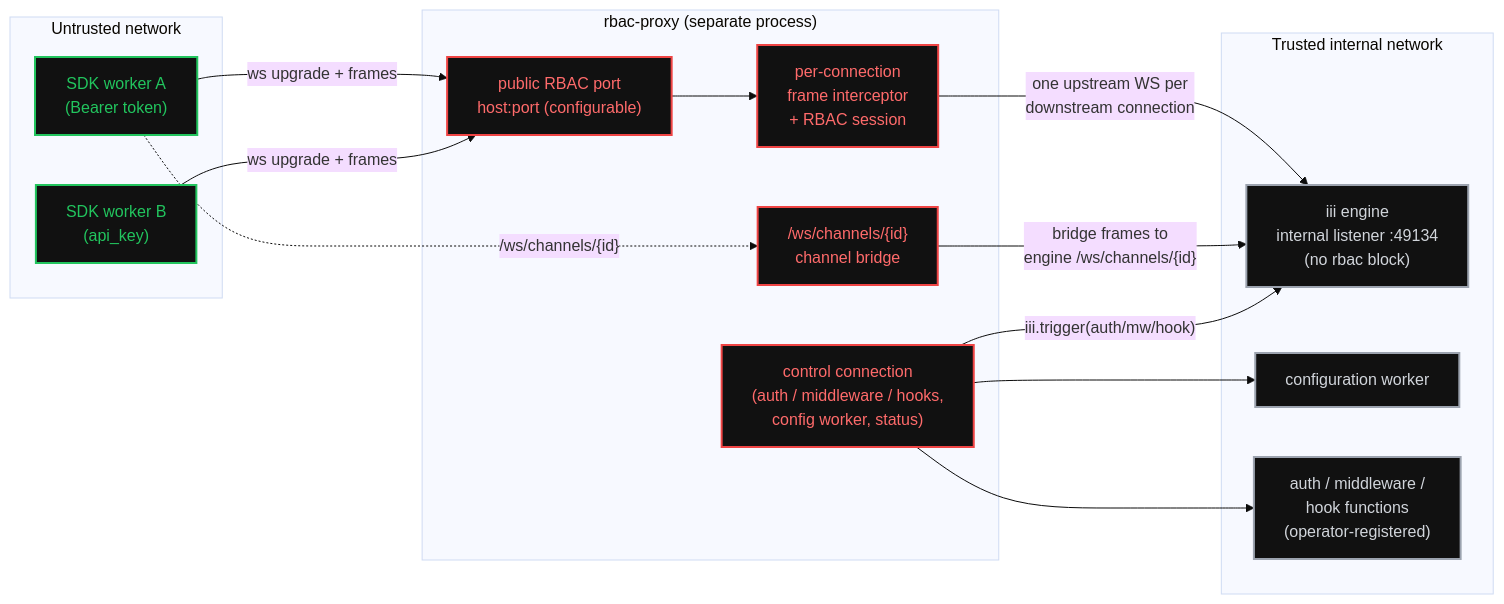
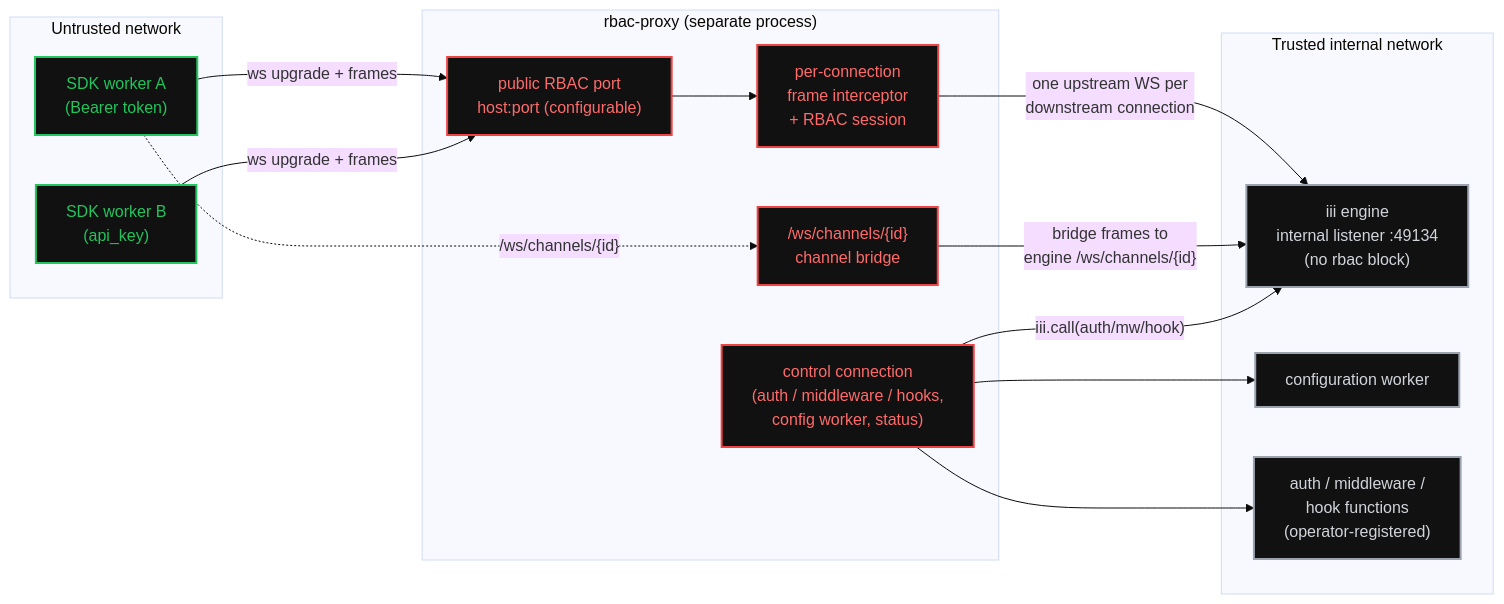
One commit to iii-hq/workers changed the first of 2 diagrams in tech-specs/2026-06-rbac-proxy-worker/README.md. Above: the diagram before and after it, drawn with Mermaid (base theme). The commit also changed other lines of this file and 3315 other files, not shown here.

````diff
--- a/tech-specs/2026-06-rbac-proxy-worker/README.md
+++ b/tech-specs/2026-06-rbac-proxy-worker/README.md
@@ -64,37 +64,37 @@
 ```mermaid
 flowchart LR
   subgraph UNTRUSTED["Untrusted network"]
     c1["SDK worker A<br/>(Bearer token)"]
     c2["SDK worker B<br/>(api_key)"]
   end
 
   subgraph PROXY["rbac-proxy (separate process)"]
     L["public RBAC port<br/>host:port (configurable)"]
     I["per-connection<br/>frame interceptor<br/>+ RBAC session"]
     CH["/ws/channels/{id}<br/>channel bridge"]
     CTL["control connection<br/>(auth / middleware / hooks,<br/>config worker, status)"]
   end
 
   subgraph TRUSTED["Trusted internal network"]
     E["iii engine<br/>internal listener :49134<br/>(no rbac block)"]
     CFG["configuration worker"]
     AUTHFN["auth / middleware /<br/>hook functions<br/>(operator-registered)"]
   end
 
   c1 -->|"ws upgrade + frames"| L
   c2 -->|"ws upgrade + frames"| L
   L --> I
   c1 -.->|"/ws/channels/{id}"| CH
   I -->|"one upstream WS per<br/>downstream connection"| E
   CH -->|"bridge frames to<br/>engine /ws/channels/{id}"| E
-  CTL -->|"iii.trigger(auth/mw/hook)"| E
+  CTL -->|"iii.call(auth/mw/hook)"| E
   CTL --> CFG
   CTL --> AUTHFN
 
   classDef red fill:#111,stroke:#ef4444,color:#ff6b6b,stroke-width:2px;
   classDef green fill:#111,stroke:#22c55e,color:#22c55e,stroke-width:2px;
   classDef grey fill:#111,stroke:#9ca3af,color:#d1d5db,stroke-width:2px;
   class L,I,CH,CTL red;
   class c1,c2 green;
   class E,CFG,AUTHFN grey;
 ```
````
